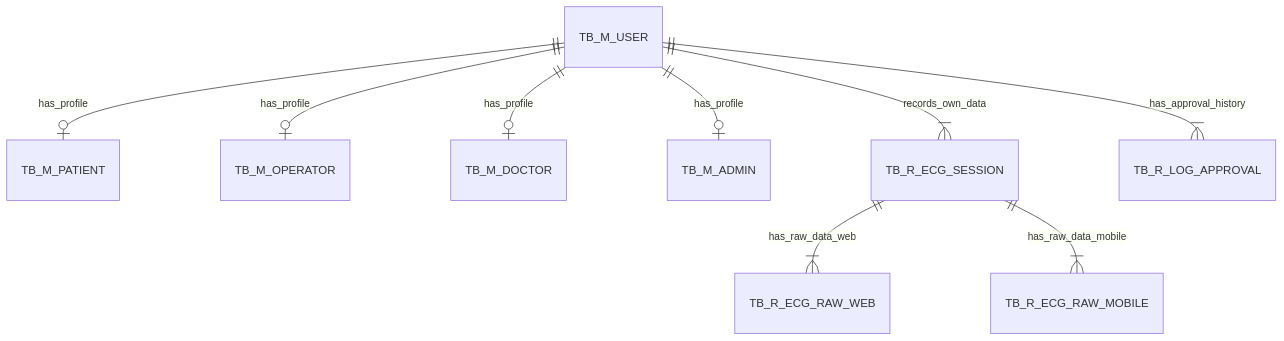
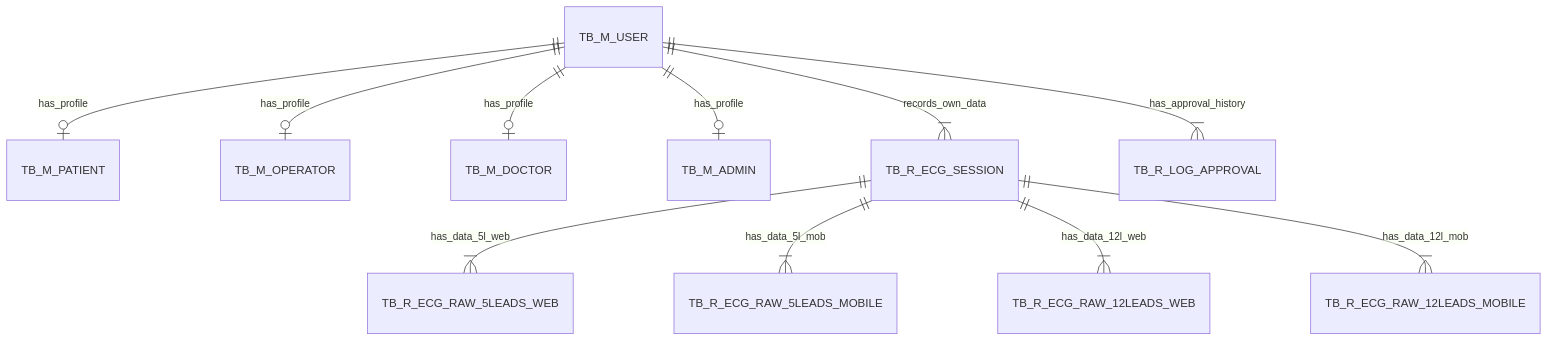
The second of 2 diagrams in DESIGN_DOCUMENT.md (affanrk/ecg-puskesmas), drawn with Mermaid before and after one commit. The commit also changed other lines of this file and 116 other files, not shown here.

````diff
--- a/DESIGN_DOCUMENT.md
+++ b/DESIGN_DOCUMENT.md
@@ -58,15 +58,17 @@
 ```mermaid
 erDiagram
     %% Master Tables
     TB_M_USER ||--o| TB_M_PATIENT : has_profile
     TB_M_USER ||--o| TB_M_OPERATOR : has_profile
     TB_M_USER ||--o| TB_M_DOCTOR : has_profile
     TB_M_USER ||--o| TB_M_ADMIN : has_profile
     
     TB_M_USER ||--|{ TB_R_ECG_SESSION : records_own_data
     TB_M_USER ||--|{ TB_R_LOG_APPROVAL : has_approval_history
     
     %% Transaction Tables
-    TB_R_ECG_SESSION ||--|{ TB_R_ECG_RAW_WEB : has_raw_data_web
-    TB_R_ECG_SESSION ||--|{ TB_R_ECG_RAW_MOBILE : has_raw_data_mobile
+    TB_R_ECG_SESSION ||--|{ TB_R_ECG_RAW_5LEADS_WEB : has_data_5l_web
+    TB_R_ECG_SESSION ||--|{ TB_R_ECG_RAW_5LEADS_MOBILE : has_data_5l_mob
+    TB_R_ECG_SESSION ||--|{ TB_R_ECG_RAW_12LEADS_WEB : has_data_12l_web
+    TB_R_ECG_SESSION ||--|{ TB_R_ECG_RAW_12LEADS_MOBILE : has_data_12l_mob
 ```
````
